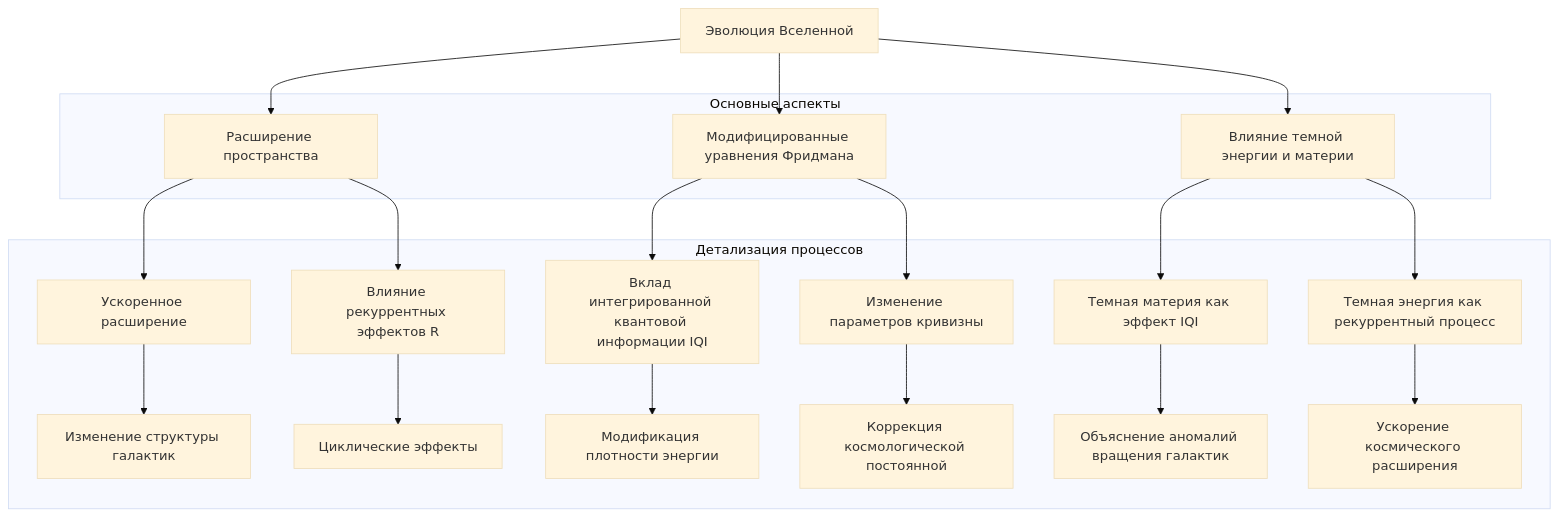
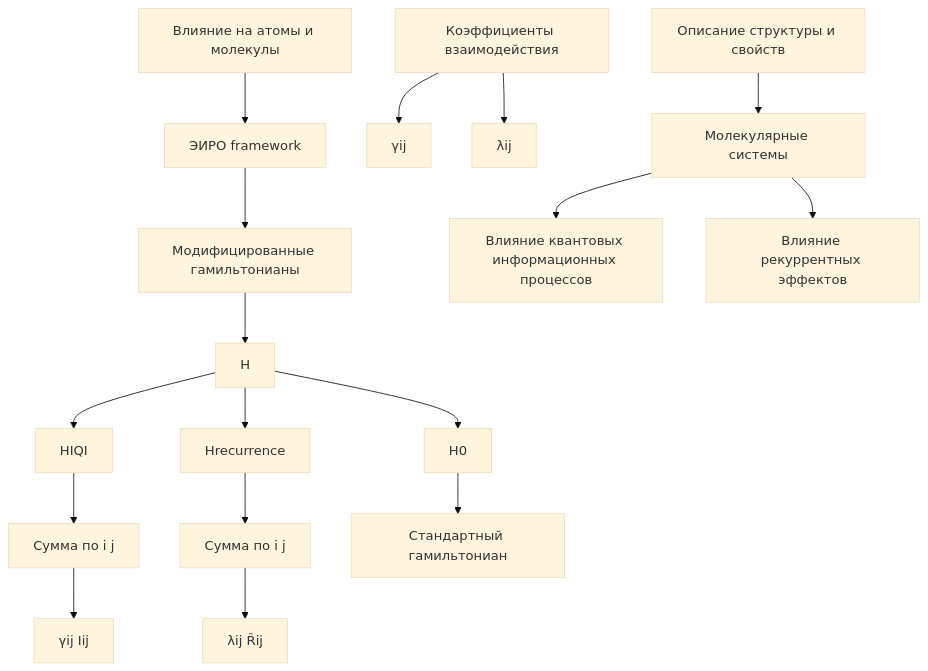
Before and after one commit to commeta/consciousness: diagram 15 of 28 in The-Theory-of-Everything.md, drawn with Mermaid (base theme). The commit also changed other lines of this file, not shown here.

````diff
--- a/The-Theory-of-Everything.md
+++ b/The-Theory-of-Everything.md
@@ -775,44 +488,19 @@
 ```mermaid
-graph TB
-    A[Эволюция Вселенной]
-    A --> B[Расширение пространства]
-    A --> C[Модифицированные уравнения Фридмана]
-    A --> D[Влияние темной энергии и материи]
-
-    B --> E[Ускоренное расширение]
-    B --> F[Влияние рекуррентных эффектов R]
-
-    C --> G[Вклад интегрированной квантовой информации IQI]
-    C --> H[Изменение параметров кривизны]
-
-    D --> I[Темная материя как эффект IQI]
-    D --> J[Темная энергия как рекуррентный процесс]
-
-    E --> K[Изменение структуры галактик]
-    F --> L[Циклические эффекты]
-    G --> M[Модификация плотности энергии]
-    H --> N[Коррекция космологической постоянной]
-    I --> O[Объяснение аномалий вращения галактик]
-    J --> P[Ускорение космического расширения]
-
-    subgraph Основные аспекты
-        B
-        C
-        D
-    end
-
-    subgraph Детализация процессов
-        E
-        F
-        G
-        H
-        I
-        J
-        K
-        L
-        M
-        N
-        O
-        P
-    end
+graph TD
+    A[Влияние на атомы и молекулы] --> B[ЭИРО framework]
+    B --> C[Модифицированные гамильтонианы]
+    C --> D[H]
+    D --> E[H0]
+    D --> F[HIQI]
+    D --> G[Hrecurrence]
+    F --> H[Сумма по i j]
+    H --> I[γij Iij]
+    G --> J[Сумма по i j]
+    J --> K[λij R̂ij]
+    L[Коэффициенты взаимодействия] --> M[γij]
+    L --> N[λij]
+    O[Описание структуры и свойств] --> P[Молекулярные системы]
+    P --> Q[Влияние квантовых информационных процессов]
+    P --> R[Влияние рекуррентных эффектов]
+    E --> S[Стандартный гамильтониан]
 ```
````
